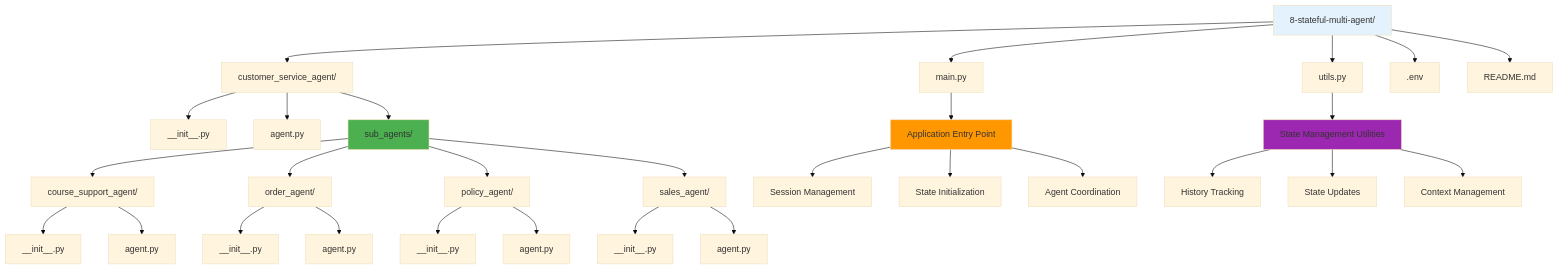
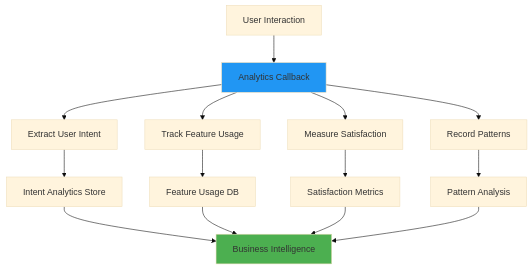
The seventh of 28 diagrams in 9-callbacks/README.md (Yash-Kavaiya/agent-development-kit-crash-course), drawn with Mermaid (base theme) before and after one commit. The commit also changed other lines of this file, not shown here.

````diff
--- a/9-callbacks/README.md
+++ b/9-callbacks/README.md
@@ -235,41 +232,21 @@
 ```mermaid
 graph TD
-    A[8-stateful-multi-agent/] --> B[customer_service_agent/]
-    A --> C[main.py]
-    A --> D[utils.py]
-    A --> E[.env]
-    A --> F[README.md]
+    A[User Interaction] --> B[Analytics Callback]
+    B --> C[Extract User Intent]
+    B --> D[Track Feature Usage]
+    B --> E[Measure Satisfaction]
+    B --> F[Record Patterns]
     
-    B --> G[__init__.py]
-    B --> H[agent.py]
-    B --> I[sub_agents/]
+    C --> G[Intent Analytics Store]
+    D --> H[Feature Usage DB]
+    E --> I[Satisfaction Metrics]
+    F --> J[Pattern Analysis]
     
-    I --> J[course_support_agent/]
-    I --> K[order_agent/]
-    I --> L[policy_agent/]
-    I --> M[sales_agent/]
+    G --> K[Business Intelligence]
+    H --> K
+    I --> K
+    J --> K
     
-    J --> N[__init__.py]
-    J --> O[agent.py]
-    K --> P[__init__.py]
-    K --> Q[agent.py]
-    L --> R[__init__.py]
-    L --> S[agent.py]
-    M --> T[__init__.py]
-    M --> U[agent.py]
-    
-    C --> V[Application Entry Point]
-    V --> W[Session Management]
-    V --> X[State Initialization]
-    V --> Y[Agent Coordination]
-    
-    D --> Z[State Management Utilities]
-    Z --> AA[History Tracking]
-    Z --> BB[State Updates]
-    Z --> CC[Context Management]
-    
-    style A fill:#e3f2fd
-    style I fill:#4caf50
-    style V fill:#ff9800
-    style Z fill:#9c27b0
+    style B fill:#2196f3
+    style K fill:#4caf50
 ```
````
